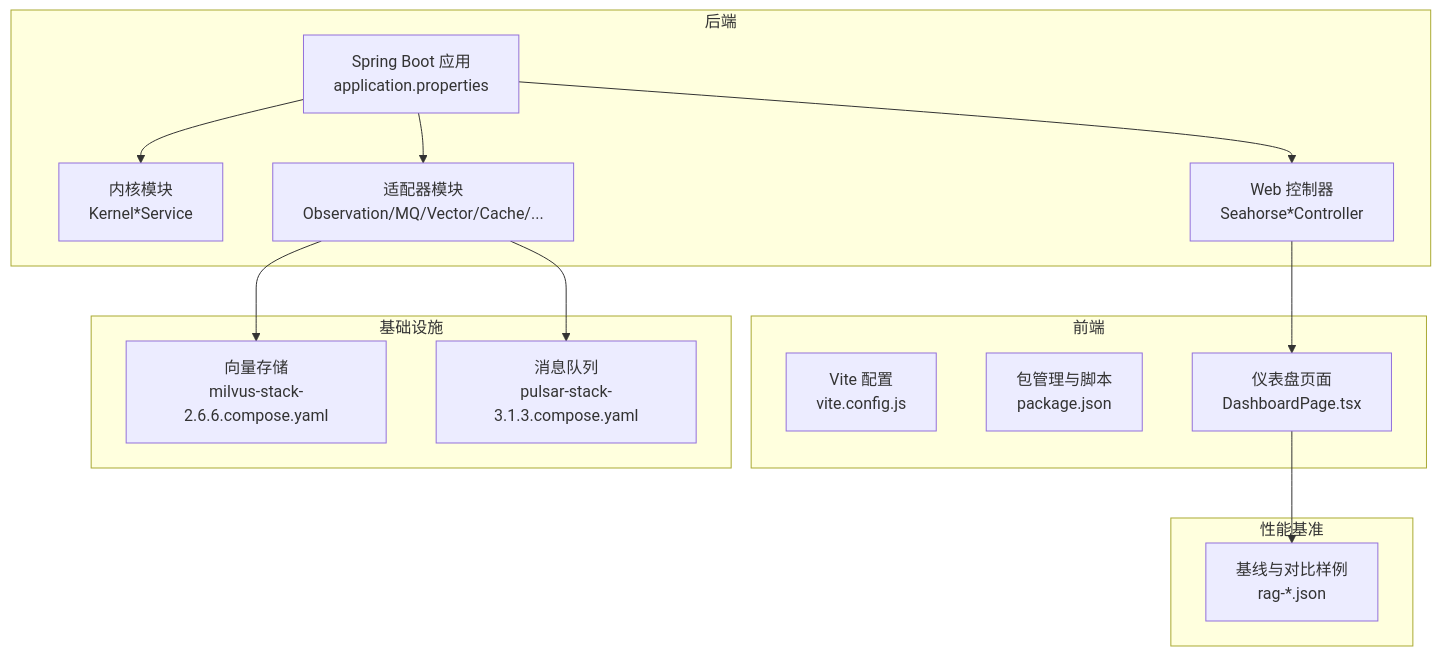
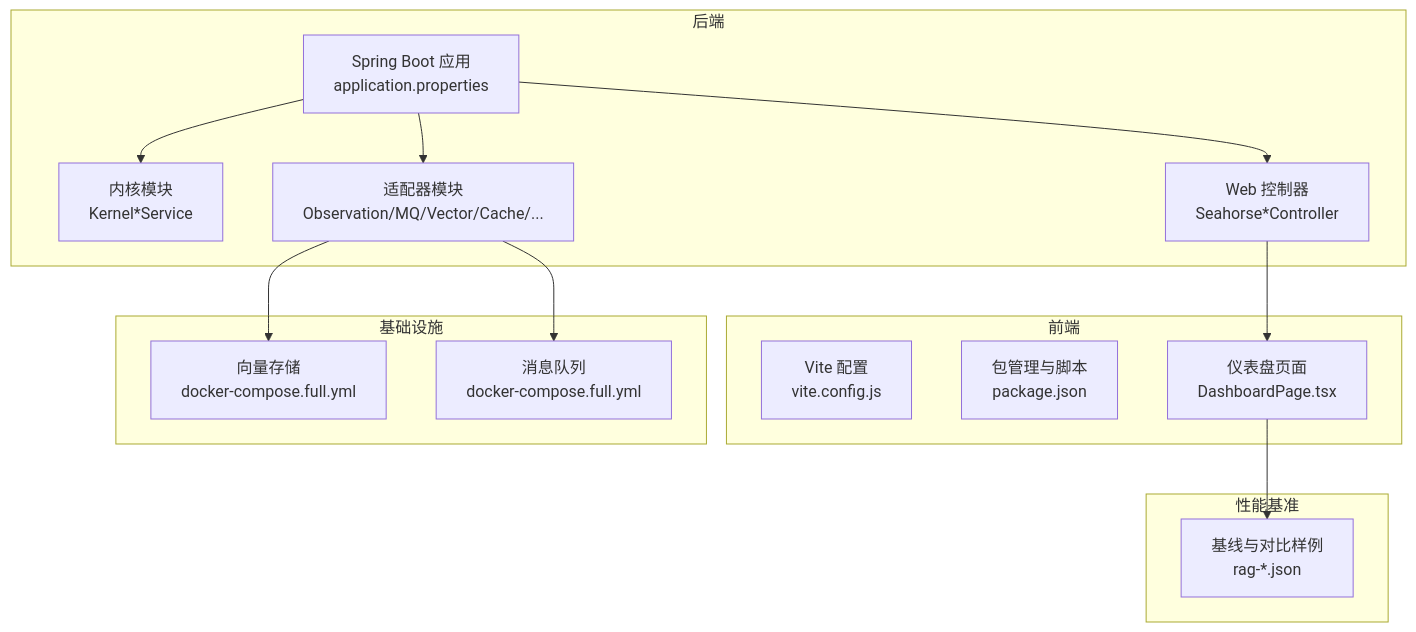
The first of 8 diagrams in docs/zh/content/部署配置/性能调优配置.md (onceMisery/seahorse-agent), drawn with Mermaid before and after one commit. The commit also changed other lines of this file and 71 other files, not shown here.

Commit message:
docs: align docs with current architecture

````diff
--- a/docs/zh/content/部署配置/性能调优配置.md
+++ b/docs/zh/content/部署配置/性能调优配置.md
@@ -44,28 +44,28 @@
 ```mermaid
 graph TB
 subgraph "后端"
 A["Spring Boot 应用<br/>application.properties"]
 B["内核模块<br/>Kernel*Service"]
 C["适配器模块<br/>Observation/MQ/Vector/Cache/..."]
 D["Web 控制器<br/>Seahorse*Controller"]
 end
 subgraph "前端"
 E["Vite 配置<br/>vite.config.js"]
 F["包管理与脚本<br/>package.json"]
 G["仪表盘页面<br/>DashboardPage.tsx"]
 end
 subgraph "基础设施"
-H["向量存储<br/>milvus-stack-2.6.6.compose.yaml"]
-I["消息队列<br/>pulsar-stack-3.1.3.compose.yaml"]
+H["向量存储<br/>docker-compose.full.yml"]
+I["消息队列<br/>docker-compose.full.yml"]
 end
 subgraph "性能基准"
 J["基线与对比样例<br/>rag-*.json"]
 end
 A --> B
 A --> C
 A --> D
 D --> G
 C --> H
 C --> I
 G --> J
 ```
````
